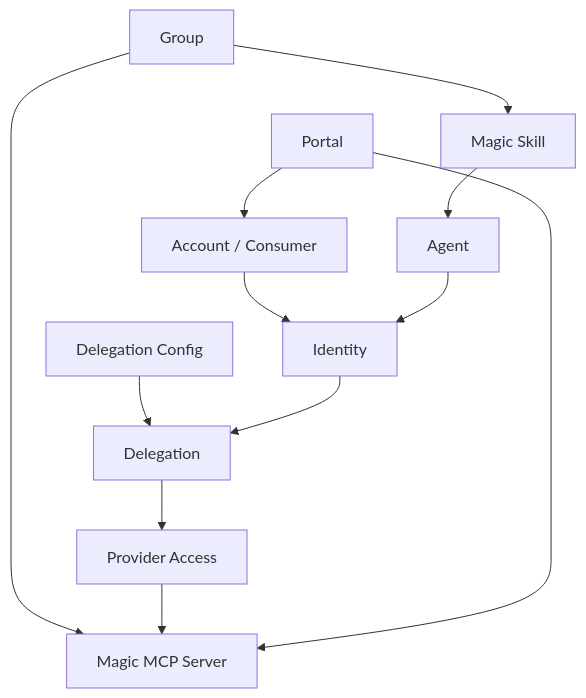
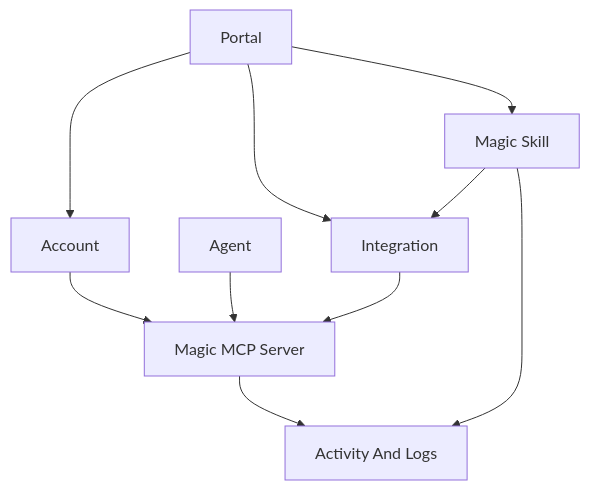
Before and after one commit to metorial/docs: the diagram in product-workforce.mdx, drawn with Mermaid. The commit also changed other lines of this file and 11 other files, not shown here.

````diff
--- a/product-workforce.mdx
+++ b/product-workforce.mdx
@@ -88,25 +84,20 @@
 ```mermaid
 flowchart TD
-  Account["Account / Consumer"]
+  Portal["Portal"]
+  Account["Account"]
   Agent["Agent"]
-  Identity["Identity"]
-  Delegation["Delegation"]
-  Config["Delegation Config"]
-  Provider["Provider Access"]
-  Magic["Magic MCP Server"]
-  Portal["Portal"]
+  Integration["Integration"]
+  MagicMCP["Magic MCP Server"]
   Skill["Magic Skill"]
-  Group["Group"]
+  Activity["Activity And Logs"]
 
-  Account --> Identity
-  Agent --> Identity
-  Config --> Delegation
-  Identity --> Delegation
-  Delegation --> Provider
-  Group --> Skill
-  Group --> Magic
-  Provider --> Magic
   Portal --> Account
-  Portal --> Magic
-  Skill --> Agent
+  Portal --> Integration
+  Portal --> Skill
+  Account --> MagicMCP
+  Agent --> MagicMCP
+  Integration --> MagicMCP
+  Skill --> Integration
+  MagicMCP --> Activity
+  Skill --> Activity
 ```
````
